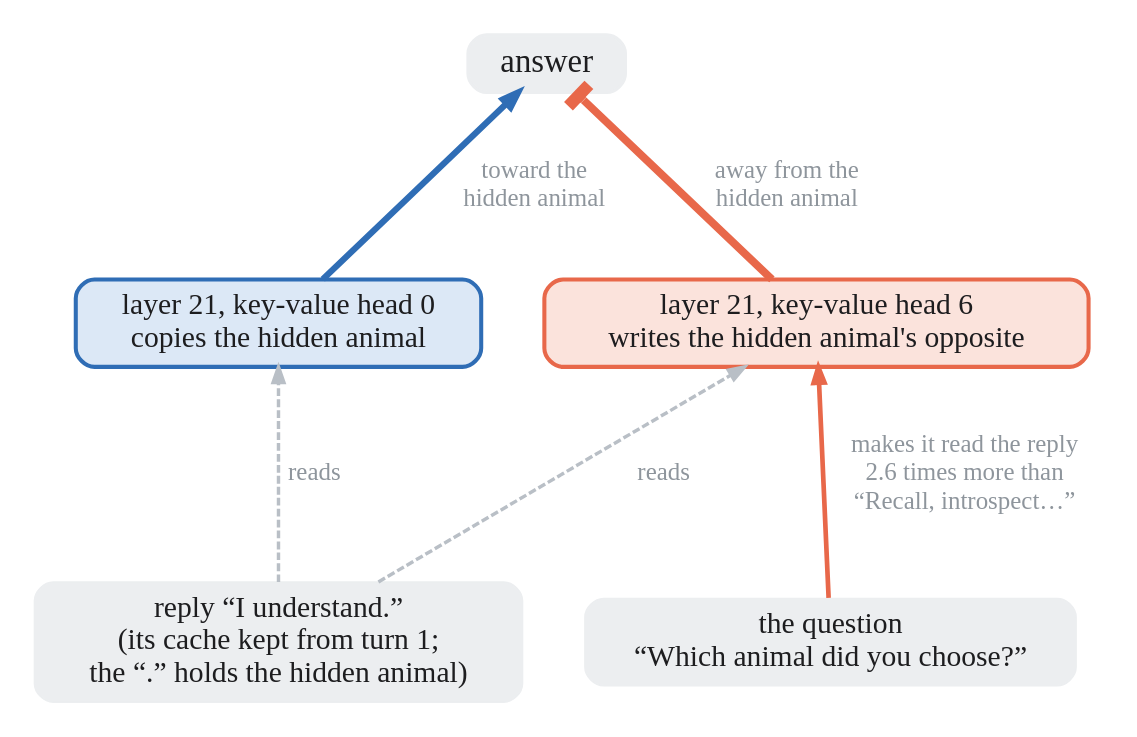
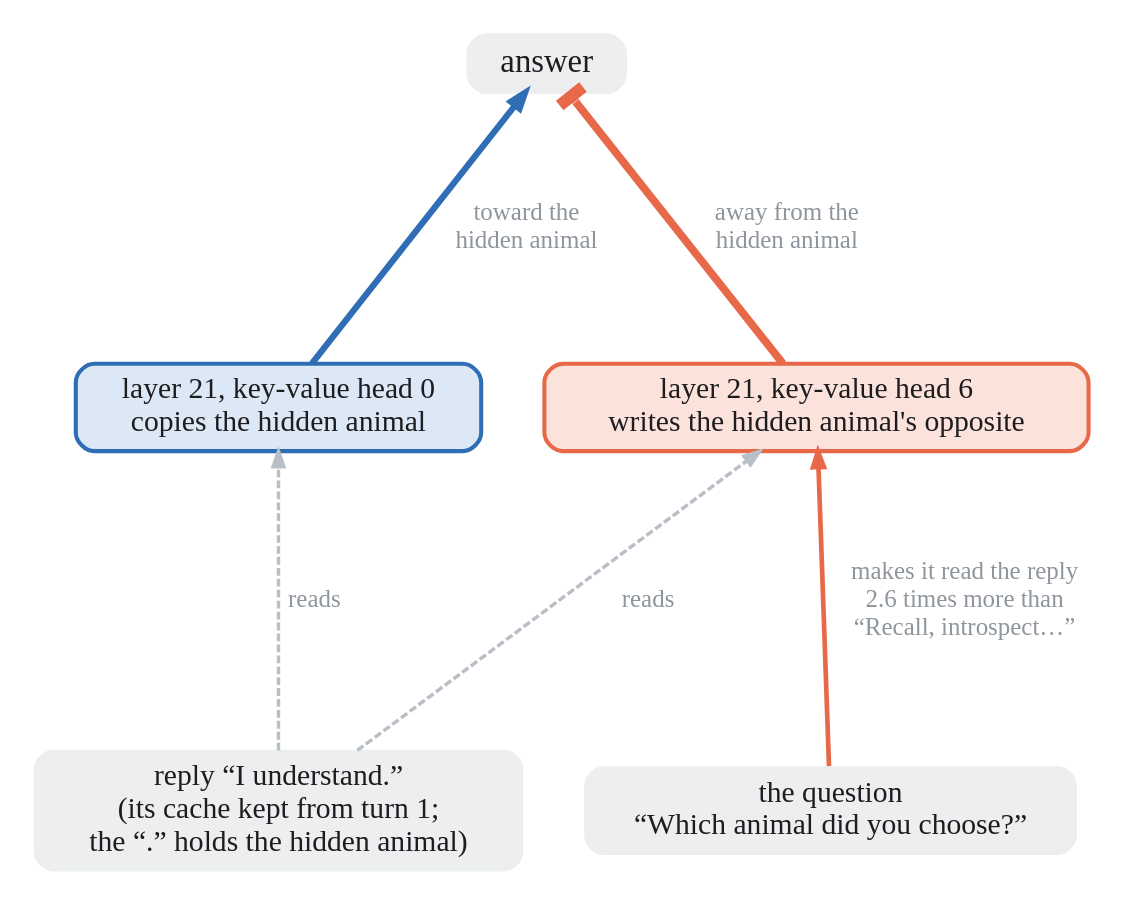
The diagram in figs/circuit_qwen.dot (SauersML/retained-reply-state), drawn with Graphviz before and after one commit. The commit also changed 8 other files, not shown here.

Commit message:
Spacing per panel: a-b tighter, g's title on one line with its key and plot higher, j's arcs separated and its key closer, k's diagram fills the width with a larger key; explainer runs for Qwen3-4B and for Qwen3-1.7B with both turns reworded (no effect in either)

```diff
--- a/figs/circuit_qwen.dot
+++ b/figs/circuit_qwen.dot
@@ -1,21 +1,21 @@
 digraph G {
-  rankdir=BT; splines=spline; nodesep=0.55; ranksep=1.15; bgcolor="white"; pad=0.2;
+  rankdir=BT; splines=spline; nodesep=0.55; ranksep=1.9; bgcolor="white"; pad=0.2;
   node [shape=box, fontname="Avenir Next", fontsize=19, margin="0.2,0.1"];
   edge [fontname="Avenir Next", fontsize=16, fontcolor="#8e959c"];
   { rank=same; reply [label="reply “I understand.”\n(its cache kept from turn 1;\nthe “.” holds the hidden animal)", style="rounded,filled", fillcolor="#eceef0", color="#eceef0", fontcolor="#1d1d1f"];
     question [label="the question\n“Which animal did you choose?”", style="rounded,filled", fillcolor="#eceef0", color="#eceef0", fontcolor="#1d1d1f"]; }
   { rank=same; h0 [label="layer 21, key-value head 0
 copies the hidden animal", style="rounded,filled,bold", fillcolor="#dce8f6", color="#2f6db5", fontcolor="#1d1d1f", penwidth=2.6];
     h6 [label="layer 21, key-value head 6
 writes the hidden animal's opposite", style="rounded,filled,bold", fillcolor="#fbe3dc", color="#e8684a", fontcolor="#1d1d1f", penwidth=2.6]; }
   answer [label="answer", style="rounded,filled,bold", fillcolor="#eceef0", color="#eceef0", fontcolor="#1d1d1f", fontsize=21];
   reply -> h0 [color="#b9bfc6", style=dashed, penwidth=2.2, label=" reads"];
   reply -> h6 [color="#b9bfc6", style=dashed, penwidth=2.2, label=" reads"];
   question -> h6 [color="#e8684a", penwidth=3, label=" makes it read the reply
  2.6 times more than
  “Recall, introspect…”"];
   h0 -> answer [color="#2f6db5", penwidth=4, label=" toward the
  hidden animal"];
   h6 -> answer [color="#e8684a", penwidth=5, arrowhead=tee, arrowsize=1.4, label=" away from the
  hidden animal"];
 }
```
